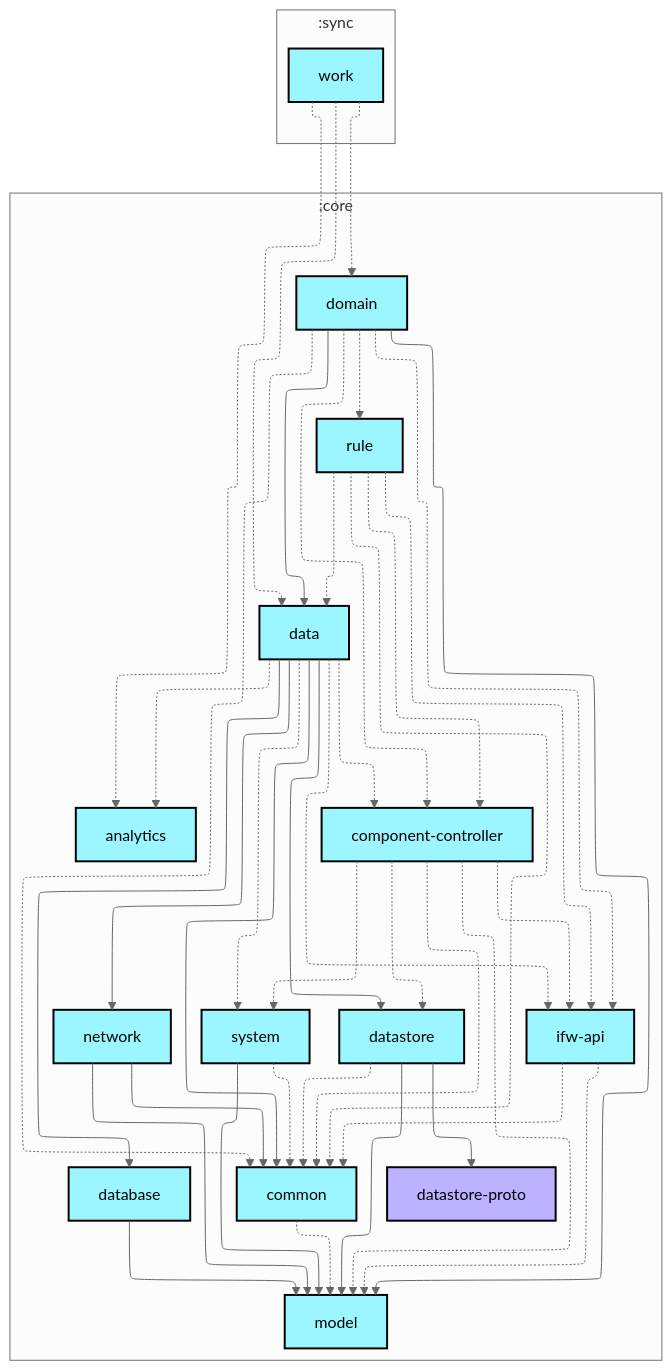
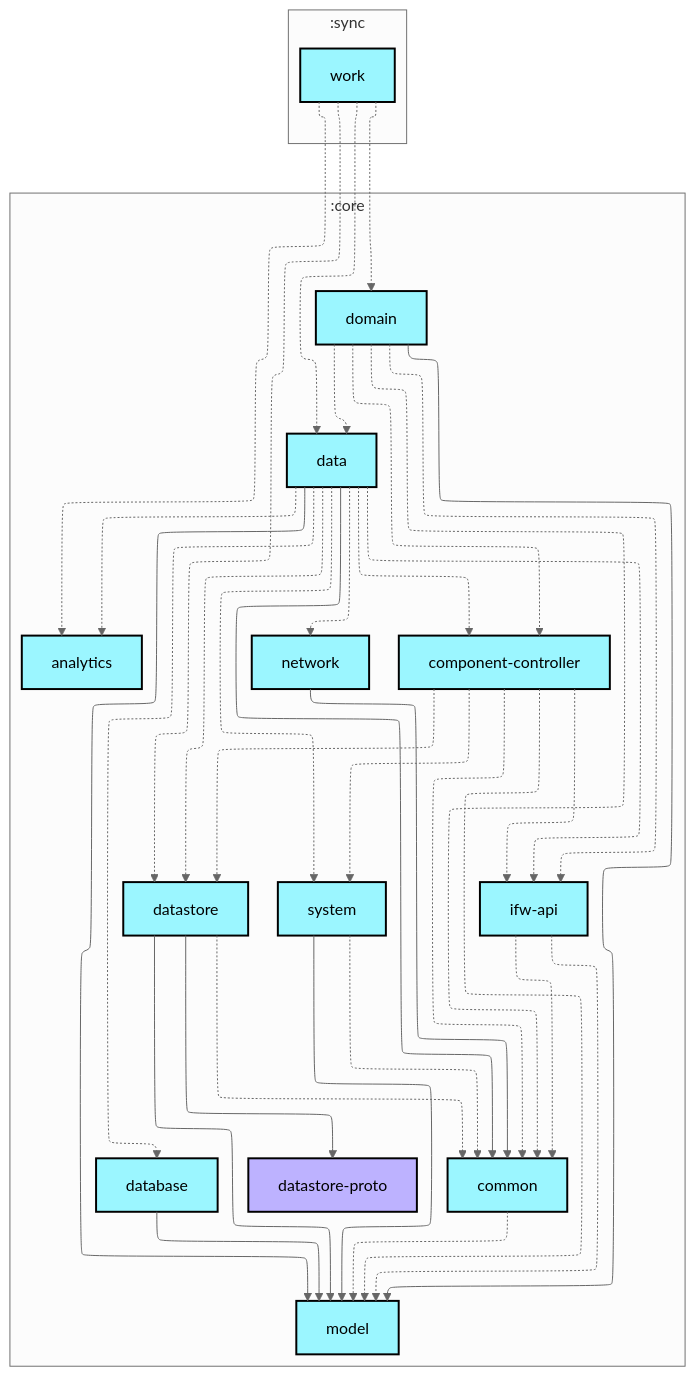
Before and after one commit to lihenggui/blocker: the first of 2 diagrams in sync/work/README.md, drawn with Mermaid (neutral theme). The commit also changed 29 other files, not shown here.

First line of the commit message:
Update module dependency graphs after boundary cleanup

````diff
--- a/sync/work/README.md
+++ b/sync/work/README.md
@@ -6,74 +6,69 @@
 ```mermaid
 ---
 config:
   layout: elk
   elk:
     nodePlacementStrategy: SIMPLE
 ---
 graph TB
   subgraph :sync
     direction TB
     :sync:work[work]:::android-library
   end
   subgraph :core
     direction TB
     :core:analytics[analytics]:::android-library
     :core:common[common]:::android-library
     :core:component-controller[component-controller]:::android-library
     :core:data[data]:::android-library
     :core:database[database]:::android-library
     :core:datastore[datastore]:::android-library
     :core:datastore-proto[datastore-proto]:::jvm-library
     :core:domain[domain]:::android-library
     :core:ifw-api[ifw-api]:::android-library
     :core:model[model]:::android-library
     :core:network[network]:::android-library
-    :core:rule[rule]:::android-library
     :core:system[system]:::android-library
   end
 
   :core:common -.-> :core:model
   :core:component-controller -.-> :core:common
   :core:component-controller -.-> :core:datastore
   :core:component-controller -.-> :core:ifw-api
   :core:component-controller -.-> :core:model
   :core:component-controller -.-> :core:system
   :core:data -.-> :core:analytics
   :core:data --> :core:common
   :core:data -.-> :core:component-controller
-  :core:data --> :core:database
-  :core:data --> :core:datastore
+  :core:data -.-> :core:database
+  :core:data -.-> :core:datastore
   :core:data -.-> :core:ifw-api
-  :core:data --> :core:network
+  :core:data --> :core:model
+  :core:data -.-> :core:network
   :core:data -.-> :core:system
   :core:database --> :core:model
   :core:datastore -.-> :core:common
   :core:datastore --> :core:datastore-proto
   :core:datastore --> :core:model
   :core:domain -.-> :core:common
   :core:domain -.-> :core:component-controller
-  :core:domain --> :core:data
+  :core:domain -.-> :core:data
   :core:domain -.-> :core:ifw-api
   :core:domain --> :core:model
-  :core:domain -.-> :core:rule
   :core:ifw-api -.-> :core:common
   :core:ifw-api -.-> :core:model
   :core:network --> :core:common
-  :core:network --> :core:model
-  :core:rule -.-> :core:common
-  :core:rule -.-> :core:component-controller
-  :core:rule -.-> :core:data
-  :core:rule -.-> :core:ifw-api
   :core:system -.-> :core:common
   :core:system --> :core:model
   :sync:work -.-> :core:analytics
   :sync:work -.-> :core:data
+  :sync:work -.-> :core:datastore
   :sync:work -.-> :core:domain
 
 classDef android-application fill:#CAFFBF,stroke:#000,stroke-width:2px,color:#000;
 classDef android-feature fill:#FFD6A5,stroke:#000,stroke-width:2px,color:#000;
 classDef android-library fill:#9BF6FF,stroke:#000,stroke-width:2px,color:#000;
 classDef android-test fill:#A0C4FF,stroke:#000,stroke-width:2px,color:#000;
 classDef jvm-library fill:#BDB2FF,stroke:#000,stroke-width:2px,color:#000;
 classDef unknown fill:#FFADAD,stroke:#000,stroke-width:2px,color:#000;
 ```
````
